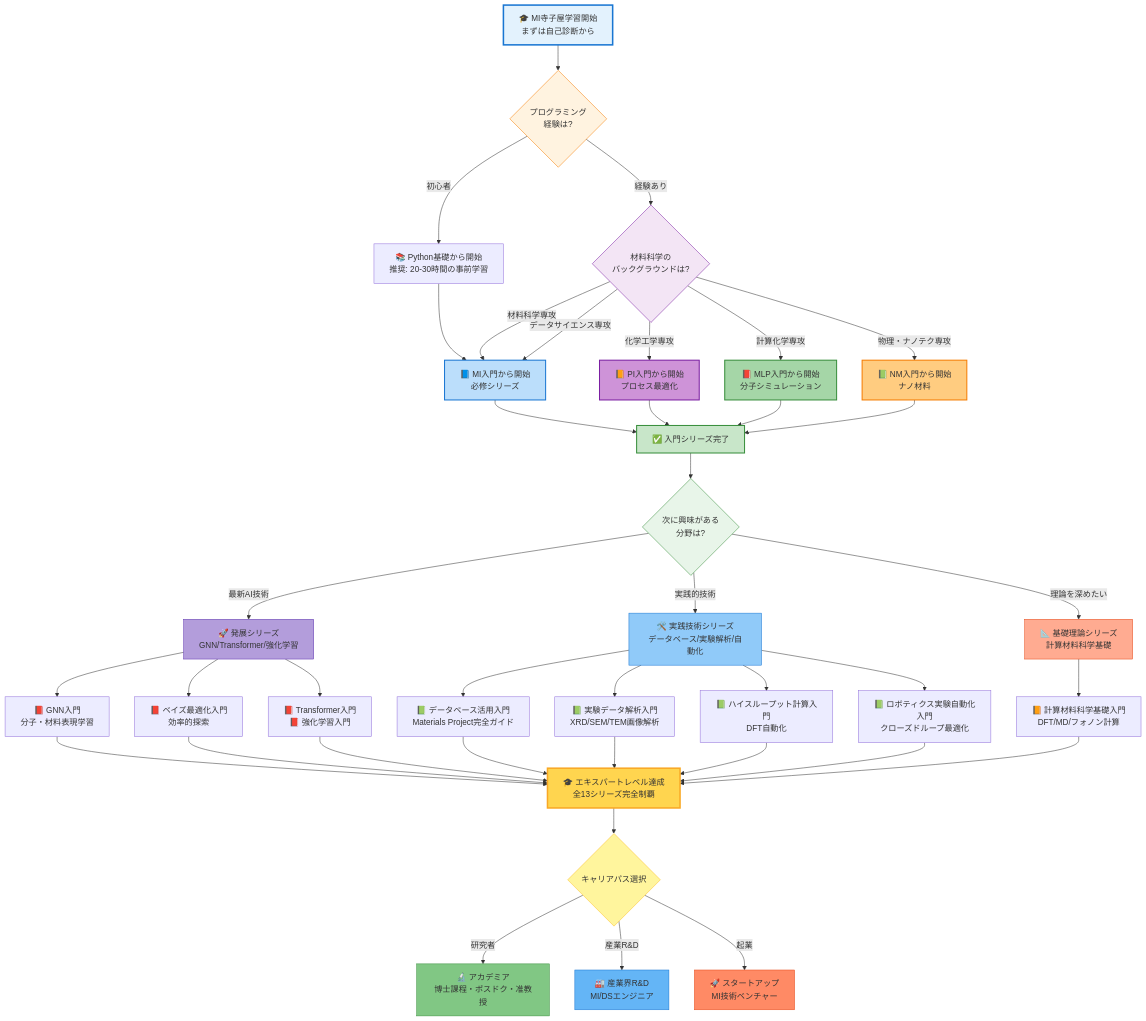
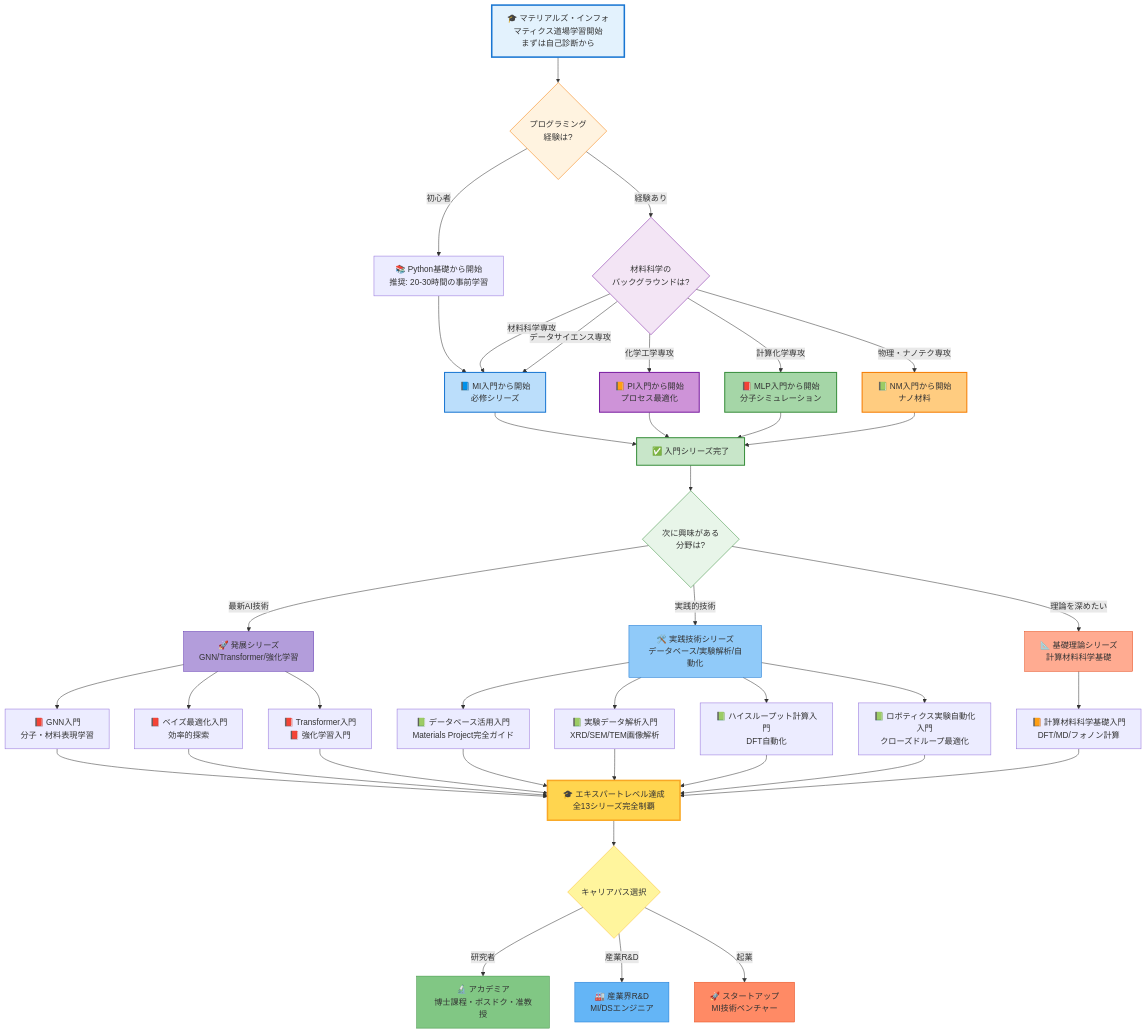
Before and after one commit to YusukeHashimotoLab/AI-Knowledge-Notes: the first of 29 diagrams in knowledge/jp/MI/index.md, drawn with Mermaid. The commit also changed other lines of this file and 59 other files, not shown here.

````diff
--- a/knowledge/jp/MI/index.md
+++ b/knowledge/jp/MI/index.md
@@ -78,70 +78,70 @@
 ```mermaid
 flowchart TD
-    Start[🎓 MI寺子屋学習開始<br>まずは自己診断から] --> Q1{プログラミング<br>経験は?}
+    Start[🎓 マテリアルズ・インフォマティクス道場学習開始<br>まずは自己診断から] --> Q1{プログラミング<br>経験は?}
 
     Q1 -->|初心者| PythonFirst[📚 Python基礎から開始<br>推奨: 20-30時間の事前学習]
     Q1 -->|経験あり| Q2{材料科学の<br>バックグラウンドは?}
 
     PythonFirst --> MI_Start
 
     Q2 -->|材料科学専攻| MI_Start[📘 MI入門から開始<br>必修シリーズ]
     Q2 -->|化学工学専攻| PI_Start[📙 PI入門から開始<br>プロセス最適化]
     Q2 -->|計算化学専攻| MLP_Start[📕 MLP入門から開始<br>分子シミュレーション]
     Q2 -->|物理・ナノテク専攻| NM_Start[📗 NM入門から開始<br>ナノ材料]
     Q2 -->|データサイエンス専攻| MI_Start
 
     MI_Start --> Level1_Complete[✅ 入門シリーズ完了]
     PI_Start --> Level1_Complete
     MLP_Start --> Level1_Complete
     NM_Start --> Level1_Complete
 
     Level1_Complete --> Q3{次に興味がある<br>分野は?}
 
     Q3 -->|最新AI技術| Advanced_AI[🚀 発展シリーズ<br>GNN/Transformer/強化学習]
     Q3 -->|実践的技術| Practical[🛠️ 実践技術シリーズ<br>データベース/実験解析/自動化]
     Q3 -->|理論を深めたい| Fundamentals[📐 基礎理論シリーズ<br>計算材料科学基礎]
 
     Advanced_AI --> GNN[📕 GNN入門<br>分子・材料表現学習]
     Advanced_AI --> Bayesian[📕 ベイズ最適化入門<br>効率的探索]
     Advanced_AI --> Transformer_RL[📕 Transformer入門<br>📕 強化学習入門]
 
     Practical --> Database[📗 データベース活用入門<br>Materials Project完全ガイド]
     Practical --> Experiment[📗 実験データ解析入門<br>XRD/SEM/TEM画像解析]
     Practical --> HTC[📗 ハイスループット計算入門<br>DFT自動化]
     Practical --> Robotics[📗 ロボティクス実験自動化入門<br>クローズドループ最適化]
 
     Fundamentals --> CMS[📙 計算材料科学基礎入門<br>DFT/MD/フォノン計算]
 
     GNN --> Expert[🎓 エキスパートレベル達成<br>全13シリーズ完全制覇]
     Bayesian --> Expert
     Transformer_RL --> Expert
     Database --> Expert
     Experiment --> Expert
     HTC --> Expert
     Robotics --> Expert
     CMS --> Expert
 
     Expert --> Career{キャリアパス選択}
 
     Career -->|研究者| Academia[🔬 アカデミア<br>博士課程・ポスドク・准教授]
     Career -->|産業R&amp;D| Industry[🏭 産業界R&amp;D<br>MI/DSエンジニア]
     Career -->|起業| Startup[🚀 スタートアップ<br>MI技術ベンチャー]
 
     style Start fill:#e3f2fd,stroke:#1976d2,stroke-width:3px
     style Q1 fill:#fff3e0,stroke:#f57c00
     style Q2 fill:#f3e5f5,stroke:#7b1fa2
     style Q3 fill:#e8f5e9,stroke:#388e3c
     style MI_Start fill:#bbdefb,stroke:#1976d2,stroke-width:2px
     style PI_Start fill:#ce93d8,stroke:#7b1fa2,stroke-width:2px
     style MLP_Start fill:#a5d6a7,stroke:#388e3c,stroke-width:2px
     style NM_Start fill:#ffcc80,stroke:#f57c00,stroke-width:2px
     style Level1_Complete fill:#c8e6c9,stroke:#388e3c,stroke-width:2px
     style Advanced_AI fill:#b39ddb,stroke:#5e35b1
     style Practical fill:#90caf9,stroke:#1976d2
     style Fundamentals fill:#ffab91,stroke:#e64a19
     style Expert fill:#ffd54f,stroke:#f9a825,stroke-width:3px
     style Career fill:#fff59d,stroke:#fbc02d
     style Academia fill:#81c784,stroke:#388e3c
     style Industry fill:#64b5f6,stroke:#1976d2
     style Startup fill:#ff8a65,stroke:#e64a19
 ```
````
